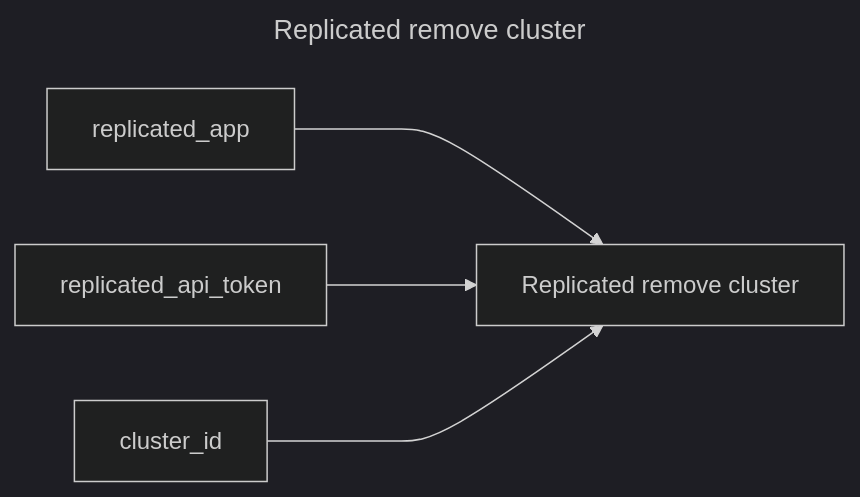
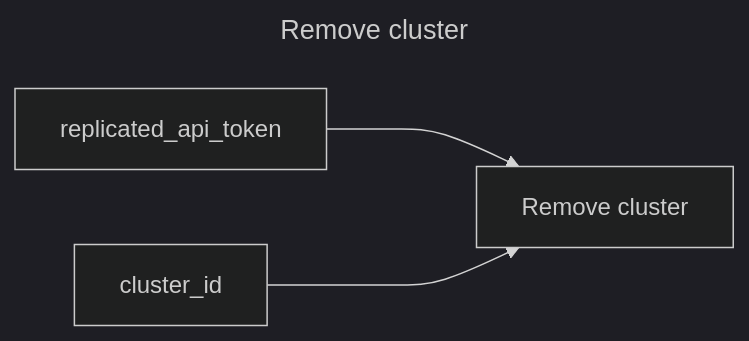
One commit to replicatedhq/replicated-actions changed the diagram in remove-cluster/README.md. Above: the diagram before and after it, drawn with Mermaid (dark theme). The commit also changed 5 other files, not shown here.

````diff
--- a/remove-cluster/README.md
+++ b/remove-cluster/README.md
@@ -3,10 +3,9 @@
 ```mermaid
 ---
-title: Replicated remove cluster
+title: Remove cluster
 ---
 graph LR
-replicated_remove_cluster["Replicated remove cluster"]
-replicated_app ---> replicated_remove_cluster
-replicated_api_token ---> replicated_remove_cluster
-cluster_id ---> replicated_remove_cluster
+remove_cluster["Remove cluster"]
+replicated_api_token ---> remove_cluster
+cluster_id ---> remove_cluster
 ```
````
